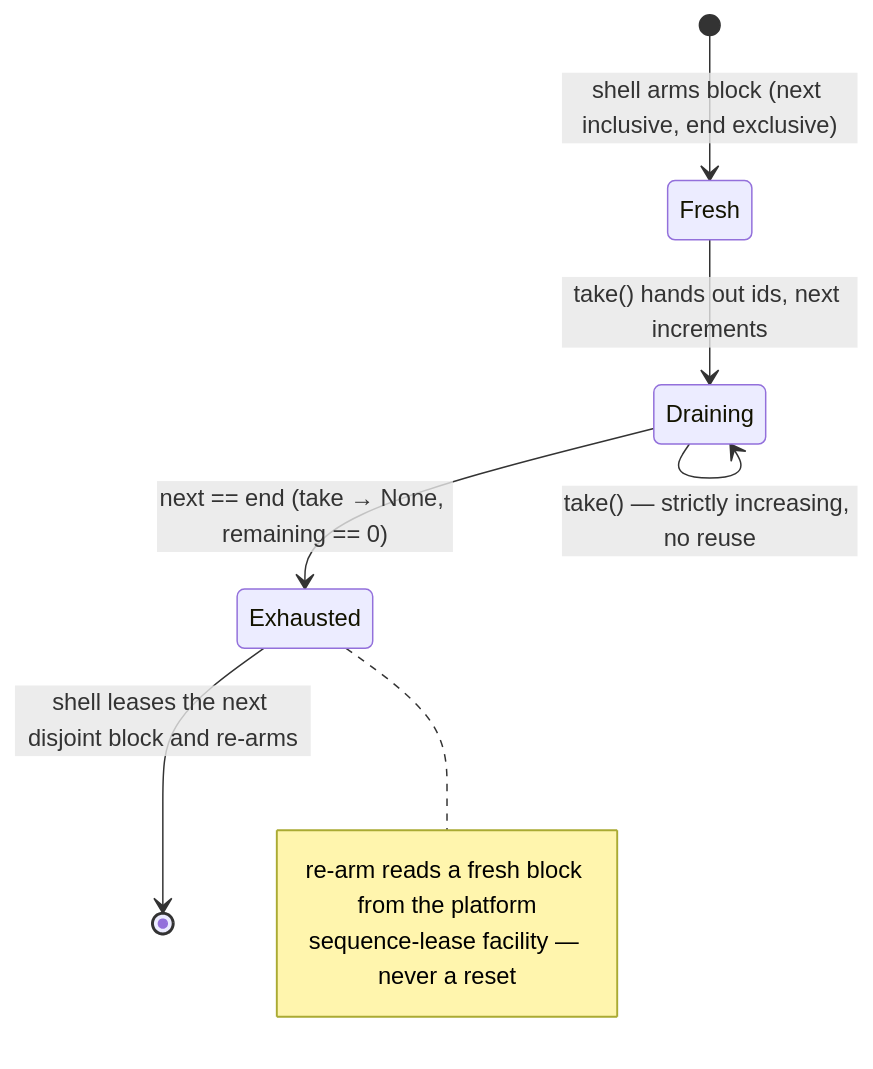
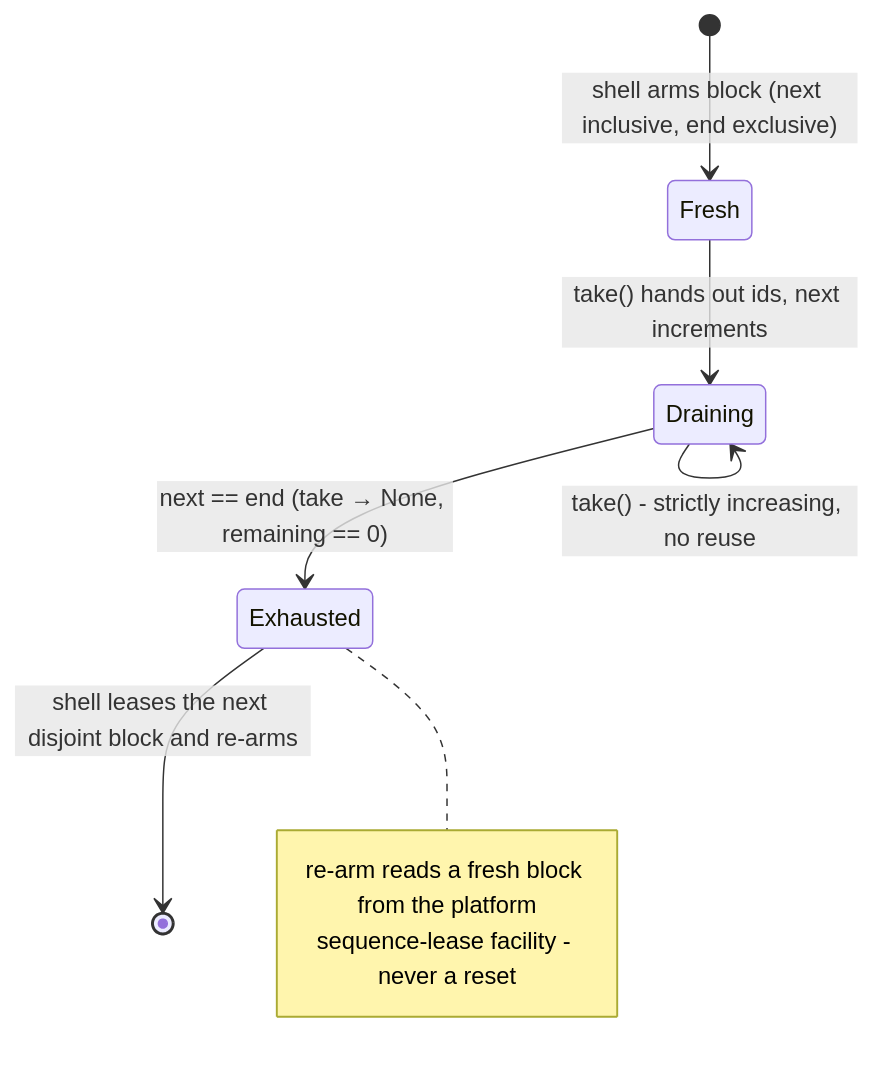
One commit to Exchange8-dev/exchange8-sdk changed the sixth of 9 diagrams in crates/wire/DESIGN.md. Above: the diagram before and after it, drawn with Mermaid. The commit also changed other lines of this file and 60 other files, not shown here.

````diff
--- a/crates/wire/DESIGN.md
+++ b/crates/wire/DESIGN.md
@@ -196,12 +196,12 @@
 ```mermaid
 stateDiagram-v2
     [*] --> Fresh: shell arms block (next inclusive, end exclusive)
     Fresh --> Draining: take() hands out ids, next increments
-    Draining --> Draining: take() — strictly increasing, no reuse
+    Draining --> Draining: take() - strictly increasing, no reuse
     Draining --> Exhausted: next == end (take → None, remaining == 0)
     Exhausted --> [*]: shell leases the next disjoint block and re-arms
     note right of Exhausted
         re-arm reads a fresh block from the platform
-        sequence-lease facility — never a reset
+        sequence-lease facility - never a reset
     end note
 ```
````
